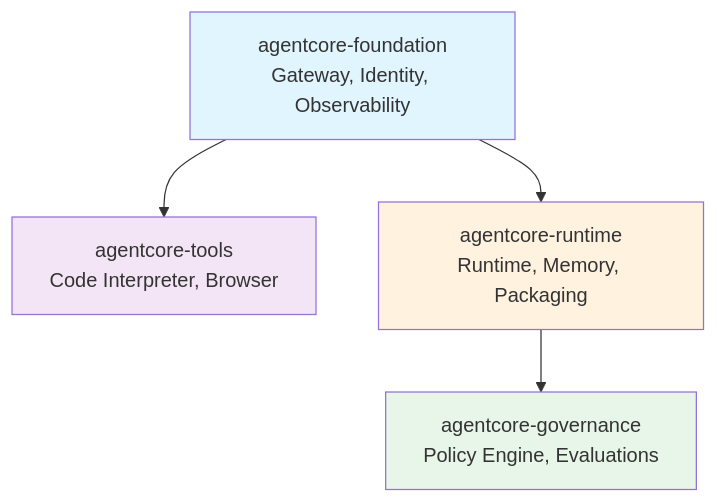
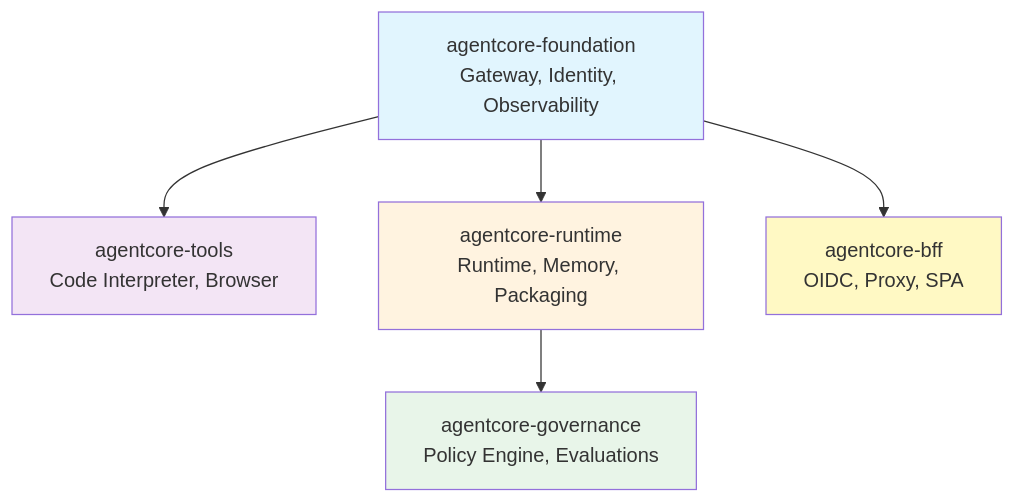
One commit to j3brns/tf-harness-acore changed the first of 5 diagrams in README.md. Above: the diagram before and after it, drawn with Mermaid. The commit also changed other lines of this file and 1 other file, not shown here.

Commit message:
docs: add physical infrastructure diagrams to README and architecture.md

````diff
--- a/README.md
+++ b/README.md
@@ -39,11 +40,13 @@
 ```mermaid
 graph TD
     A[agentcore-foundation<br/>Gateway, Identity, Observability] --> B[agentcore-tools<br/>Code Interpreter, Browser]
     A --> C[agentcore-runtime<br/>Runtime, Memory, Packaging]
     C --> D[agentcore-governance<br/>Policy Engine, Evaluations]
+    A --> E[agentcore-bff<br/>OIDC, Proxy, SPA]
 
     style A fill:#e1f5fe
     style B fill:#f3e5f5
     style C fill:#fff3e0
     style D fill:#e8f5e9
+    style E fill:#fff9c4
 ```
````
